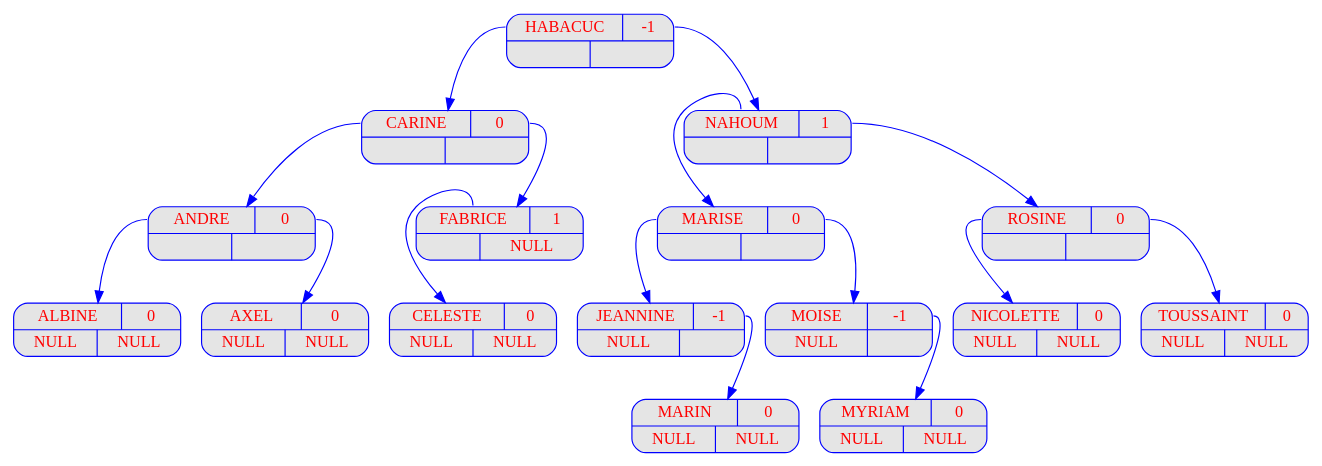
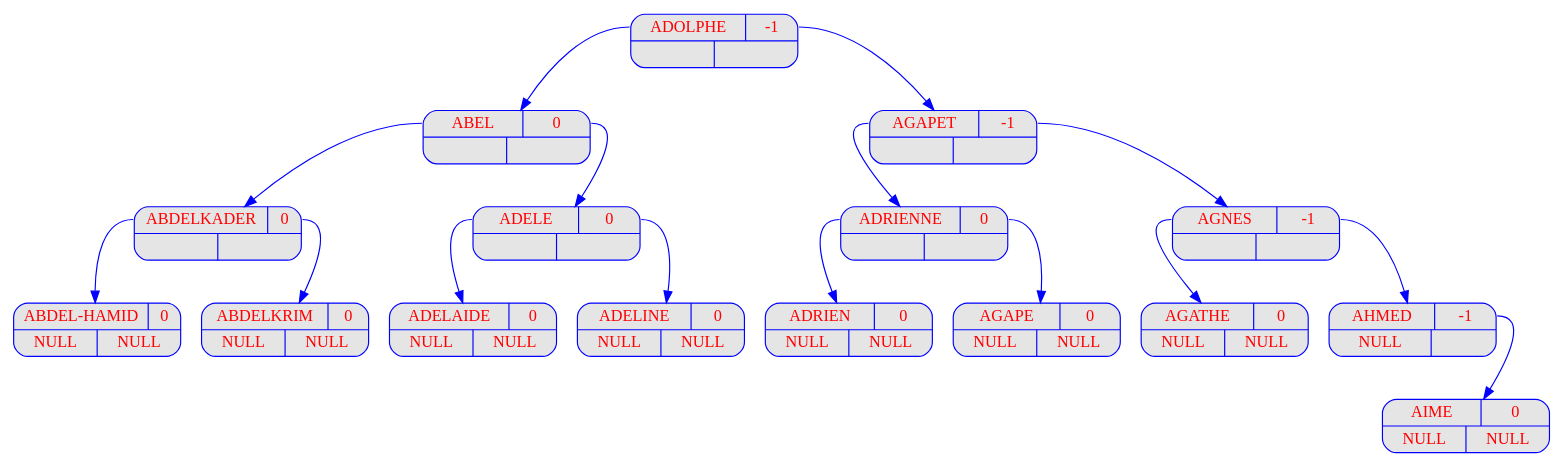
Before and after one commit to FilRougeAAP/Fil_Rouge: the diagram in output_Prog1/dot/displayAVL_v15.dot, drawn with Graphviz. The commit also changed 212 other files, not shown here.

```diff
--- a/output_Prog1/dot/displayAVL_v15.dot
+++ b/output_Prog1/dot/displayAVL_v15.dot
@@ -1,140 +1,57 @@
 digraph displayAVL {
 	node [
 		fontname  = "Arial bold" 
 		fontsize  = "14"
 		fontcolor = "red"
 		style     = "rounded, filled"
 		shape     = "record"
 		fillcolor = "grey90"
 		color     = "blue"
 		width     = "2"
 	]
 
 	edge [
 		color     = "blue"
 	]
 
-	HABACUC
- [label = "{{<g> HABACUC
- | <d> -1 } | { <g> | <d>}}"];
-	HABACUC
-:g -> CARINE
-;
-	CARINE
- [label = "{{<g> CARINE
- | <d> 0 } | { <g> | <d>}}"];
-	CARINE
-:g -> ANDRE
-;
-	ANDRE
- [label = "{{<g> ANDRE
- | <d> 0 } | { <g> | <d>}}"];
-	ANDRE
-:g -> ALBINE
-;
-	ALBINE
- [label = "{{<g> ALBINE
- | <d> 0 } | { <g> | <d>}}"];
-	ALBINE
- [label = "{{<g> ALBINE
- | <d> 0 }| { <g> NULL | <d> NULL}}"];
-	ANDRE
-:d -> AXEL
-;
-	AXEL
- [label = "{{<g> AXEL
- | <d> 0 } | { <g> | <d>}}"];
-	AXEL
- [label = "{{<g> AXEL
- | <d> 0 }| { <g> NULL | <d> NULL}}"];
-	CARINE
-:d -> FABRICE
-;
-	FABRICE
- [label = "{{<g> FABRICE
- | <d> 1 } | { <g> | <d>}}"];
-	FABRICE
- [label = "{{<g> FABRICE
- | <d> 1 }| { <g> | <d> NULL}}"];
-	FABRICE
-:g -> CELESTE
-;
-	CELESTE
- [label = "{{<g> CELESTE
- | <d> 0 } | { <g> | <d>}}"];
-	CELESTE
- [label = "{{<g> CELESTE
- | <d> 0 }| { <g> NULL | <d> NULL}}"];
-	HABACUC
-:d -> NAHOUM
-;
-	NAHOUM
- [label = "{{<g> NAHOUM
- | <d> 1 } | { <g> | <d>}}"];
-	NAHOUM
-:g -> MARISE
-;
-	MARISE
- [label = "{{<g> MARISE
- | <d> 0 } | { <g> | <d>}}"];
-	MARISE
-:g -> JEANNINE
-;
-	JEANNINE
- [label = "{{<g> JEANNINE
- | <d> -1 } | { <g> | <d>}}"];
-	JEANNINE
- [label = "{{<g> JEANNINE
- | <d> -1 }| { <g> NULL | <d> }}"];
-	JEANNINE
-:d -> MARIN
-;
-	MARIN
- [label = "{{<g> MARIN
- | <d> 0 } | { <g> | <d>}}"];
-	MARIN
- [label = "{{<g> MARIN
- | <d> 0 }| { <g> NULL | <d> NULL}}"];
-	MARISE
-:d -> MOISE
-;
-	MOISE
- [label = "{{<g> MOISE
- | <d> -1 } | { <g> | <d>}}"];
-	MOISE
- [label = "{{<g> MOISE
- | <d> -1 }| { <g> NULL | <d> }}"];
-	MOISE
-:d -> MYRIAM
-;
-	MYRIAM
- [label = "{{<g> MYRIAM
- | <d> 0 } | { <g> | <d>}}"];
-	MYRIAM
- [label = "{{<g> MYRIAM
- | <d> 0 }| { <g> NULL | <d> NULL}}"];
-	NAHOUM
-:d -> ROSINE
-;
-	ROSINE
- [label = "{{<g> ROSINE
- | <d> 0 } | { <g> | <d>}}"];
-	ROSINE
-:g -> NICOLETTE
-;
-	NICOLETTE
- [label = "{{<g> NICOLETTE
- | <d> 0 } | { <g> | <d>}}"];
-	NICOLETTE
- [label = "{{<g> NICOLETTE
- | <d> 0 }| { <g> NULL | <d> NULL}}"];
-	ROSINE
-:d -> TOUSSAINT
-;
-	TOUSSAINT
- [label = "{{<g> TOUSSAINT
- | <d> 0 } | { <g> | <d>}}"];
-	TOUSSAINT
- [label = "{{<g> TOUSSAINT
- | <d> 0 }| { <g> NULL | <d> NULL}}"];
+	"ADOLPHE" [label = "{{<g> ADOLPHE | <d> -1 } | { <g> | <d>}}"];
+	"ADOLPHE":g -> "ABEL";
+	"ABEL" [label = "{{<g> ABEL | <d> 0 } | { <g> | <d>}}"];
+	"ABEL":g -> "ABDELKADER";
+	"ABDELKADER" [label = "{{<g> ABDELKADER | <d> 0 } | { <g> | <d>}}"];
+	"ABDELKADER":g -> "ABDEL-HAMID";
+	"ABDEL-HAMID" [label = "{{<g> ABDEL-HAMID | <d> 0 } | { <g> | <d>}}"];
+	"ABDEL-HAMID" [label = "{{<g> ABDEL-HAMID | <d> 0 }| { <g> NULL | <d> NULL}}"];
+	"ABDELKADER":d -> "ABDELKRIM";
+	"ABDELKRIM" [label = "{{<g> ABDELKRIM | <d> 0 } | { <g> | <d>}}"];
+	"ABDELKRIM" [label = "{{<g> ABDELKRIM | <d> 0 }| { <g> NULL | <d> NULL}}"];
+	"ABEL":d -> "ADELE";
+	"ADELE" [label = "{{<g> ADELE | <d> 0 } | { <g> | <d>}}"];
+	"ADELE":g -> "ADELAIDE";
+	"ADELAIDE" [label = "{{<g> ADELAIDE | <d> 0 } | { <g> | <d>}}"];
+	"ADELAIDE" [label = "{{<g> ADELAIDE | <d> 0 }| { <g> NULL | <d> NULL}}"];
+	"ADELE":d -> "ADELINE";
+	"ADELINE" [label = "{{<g> ADELINE | <d> 0 } | { <g> | <d>}}"];
+	"ADELINE" [label = "{{<g> ADELINE | <d> 0 }| { <g> NULL | <d> NULL}}"];
+	"ADOLPHE":d -> "AGAPET";
+	"AGAPET" [label = "{{<g> AGAPET | <d> -1 } | { <g> | <d>}}"];
+	"AGAPET":g -> "ADRIENNE";
+	"ADRIENNE" [label = "{{<g> ADRIENNE | <d> 0 } | { <g> | <d>}}"];
+	"ADRIENNE":g -> "ADRIEN";
+	"ADRIEN" [label = "{{<g> ADRIEN | <d> 0 } | { <g> | <d>}}"];
+	"ADRIEN" [label = "{{<g> ADRIEN | <d> 0 }| { <g> NULL | <d> NULL}}"];
+	"ADRIENNE":d -> "AGAPE";
+	"AGAPE" [label = "{{<g> AGAPE | <d> 0 } | { <g> | <d>}}"];
+	"AGAPE" [label = "{{<g> AGAPE | <d> 0 }| { <g> NULL | <d> NULL}}"];
+	"AGAPET":d -> "AGNES";
+	"AGNES" [label = "{{<g> AGNES | <d> -1 } | { <g> | <d>}}"];
+	"AGNES":g -> "AGATHE";
+	"AGATHE" [label = "{{<g> AGATHE | <d> 0 } | { <g> | <d>}}"];
+	"AGATHE" [label = "{{<g> AGATHE | <d> 0 }| { <g> NULL | <d> NULL}}"];
+	"AGNES":d -> "AHMED";
+	"AHMED" [label = "{{<g> AHMED | <d> -1 } | { <g> | <d>}}"];
+	"AHMED" [label = "{{<g> AHMED | <d> -1 }| { <g> NULL | <d> }}"];
+	"AHMED":d -> "AIME";
+	"AIME" [label = "{{<g> AIME | <d> 0 } | { <g> | <d>}}"];
+	"AIME" [label = "{{<g> AIME | <d> 0 }| { <g> NULL | <d> NULL}}"];
 }
```
